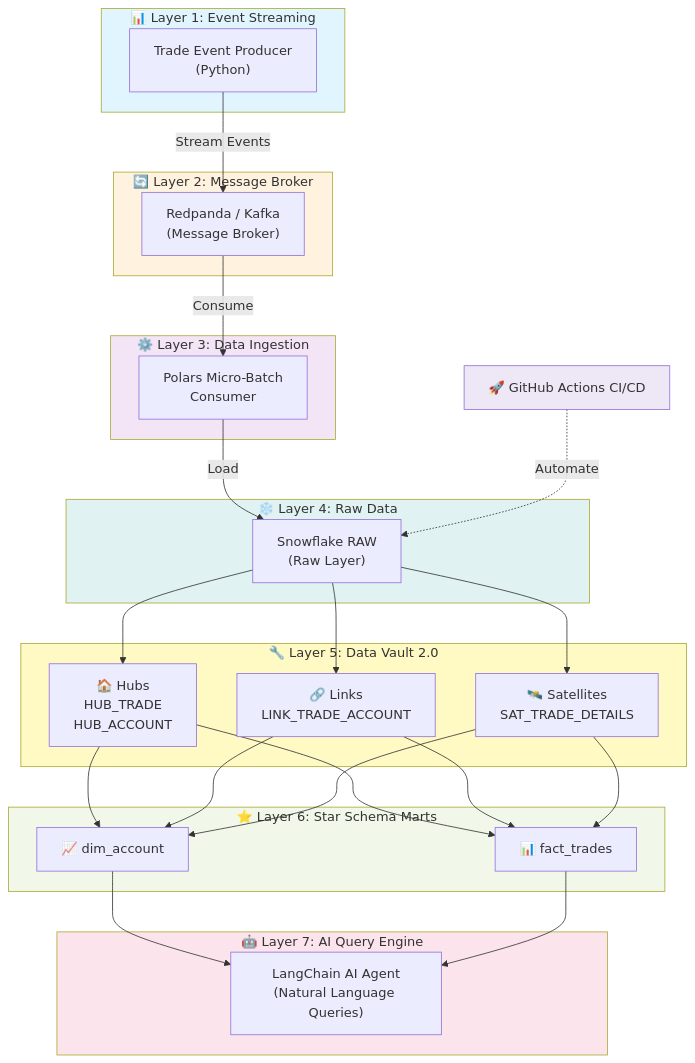
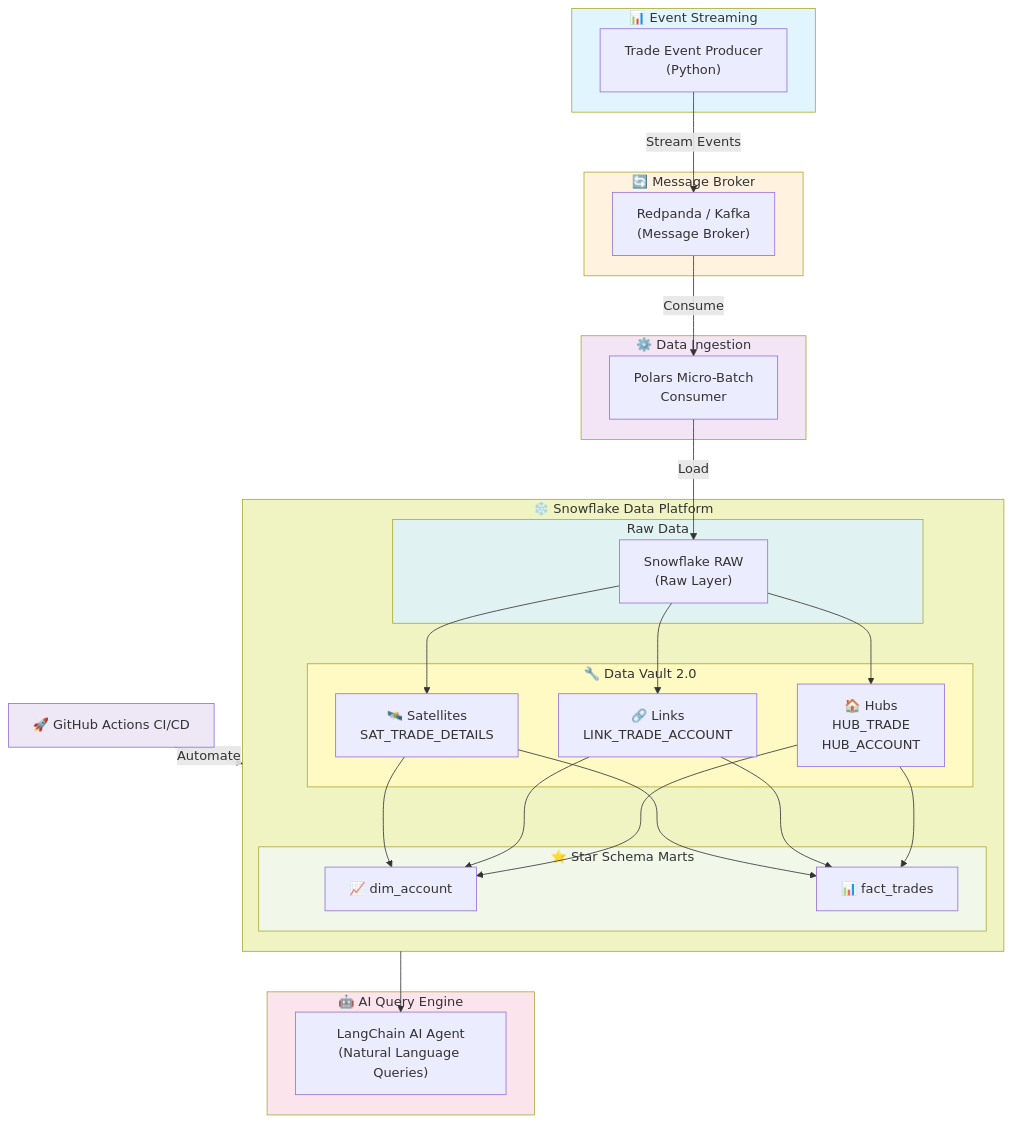
The diagram in README.md (vrrgithub1/realtime-data-vault-engine), drawn with Mermaid before and after one commit. The commit also changed other lines of this file, not shown here.

Commit message:
Updated README Document

````diff
--- a/README.md
+++ b/README.md
@@ -7,61 +7,63 @@
 ```mermaid
 graph TB
-    subgraph layer1["📊 Layer 1: Event Streaming"]
+    subgraph layer1["📊 Event Streaming"]
         Producer["Trade Event Producer<br/>(Python)"]
     end
     
-    subgraph layer2["🔄 Layer 2: Message Broker"]
+    subgraph layer2["🔄 Message Broker"]
         Kafka["Redpanda / Kafka<br/>(Message Broker)"]
     end
     
-    subgraph layer3["⚙️ Layer 3: Data Ingestion"]
+    subgraph layer3["⚙️ Data Ingestion"]
         Consumer["Polars Micro-Batch<br/>Consumer"]
     end
     
-    subgraph layer4["❄️ Layer 4: Raw Data"]
-        Snowflake_Raw["Snowflake RAW<br/>(Raw Layer)"]
+    subgraph snowflake["❄️ Snowflake Data Platform"]
+        subgraph raw["Raw Data"]
+            Snowflake_Raw["Snowflake RAW<br/>(Raw Layer)"]
+        end
+        
+        subgraph vault["🔧 Data Vault 2.0"]
+            Hubs["🏠 Hubs<br/>HUB_TRADE<br/>HUB_ACCOUNT"]
+            Links["🔗 Links<br/>LINK_TRADE_ACCOUNT"]
+            Sats["🛰️ Satellites<br/>SAT_TRADE_DETAILS"]
+        end
+        
+        subgraph marts["⭐ Star Schema Marts"]
+            Dim["📈 dim_account"]
+            Fact["📊 fact_trades"]
+        end
     end
     
-    subgraph layer5["🔧 Layer 5: Data Vault 2.0"]
-        Hubs["🏠 Hubs<br/>HUB_TRADE<br/>HUB_ACCOUNT"]
-        Links["🔗 Links<br/>LINK_TRADE_ACCOUNT"]
-        Sats["🛰️ Satellites<br/>SAT_TRADE_DETAILS"]
-    end
-    
-    subgraph layer6["⭐ Layer 6: Star Schema Marts"]
-        Dim["📈 dim_account"]
-        Fact["📊 fact_trades"]
-    end
-    
-    subgraph layer7["🤖 Layer 7: AI Query Engine"]
+    subgraph layer7["🤖 AI Query Engine"]
         AI["LangChain AI Agent<br/>(Natural Language Queries)"]
     end
     
     CI["🚀 GitHub Actions CI/CD"]
     
     Producer -->|Stream Events| Kafka
     Kafka -->|Consume| Consumer
     Consumer -->|Load| Snowflake_Raw
     Snowflake_Raw --> Hubs
     Snowflake_Raw --> Links
     Snowflake_Raw --> Sats
     Hubs --> Dim
     Links --> Dim
     Sats --> Dim
     Hubs --> Fact
     Links --> Fact
     Sats --> Fact
-    Dim --> AI
-    Fact --> AI
+    snowflake --> AI
     
-    CI -.->|Automate| Snowflake_Raw
+    CI -.->|Automate| snowflake
     
     style layer1 fill:#e1f5ff
     style layer2 fill:#fff3e0
     style layer3 fill:#f3e5f5
-    style layer4 fill:#e0f2f1
-    style layer5 fill:#fff9c4
-    style layer6 fill:#f1f8e9
+    style raw fill:#e0f2f1
+    style vault fill:#fff9c4
+    style marts fill:#f1f8e9
     style layer7 fill:#fce4ec
+    style snowflake fill:#f0f4c3
     style CI fill:#ede7f6
 ```
````
